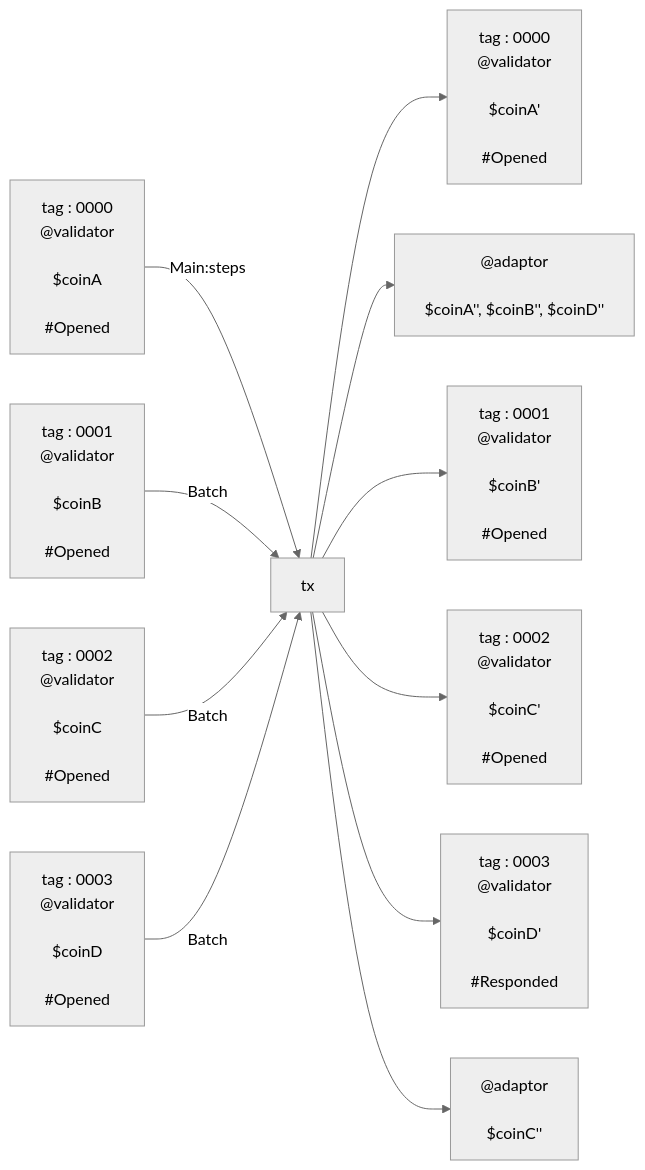
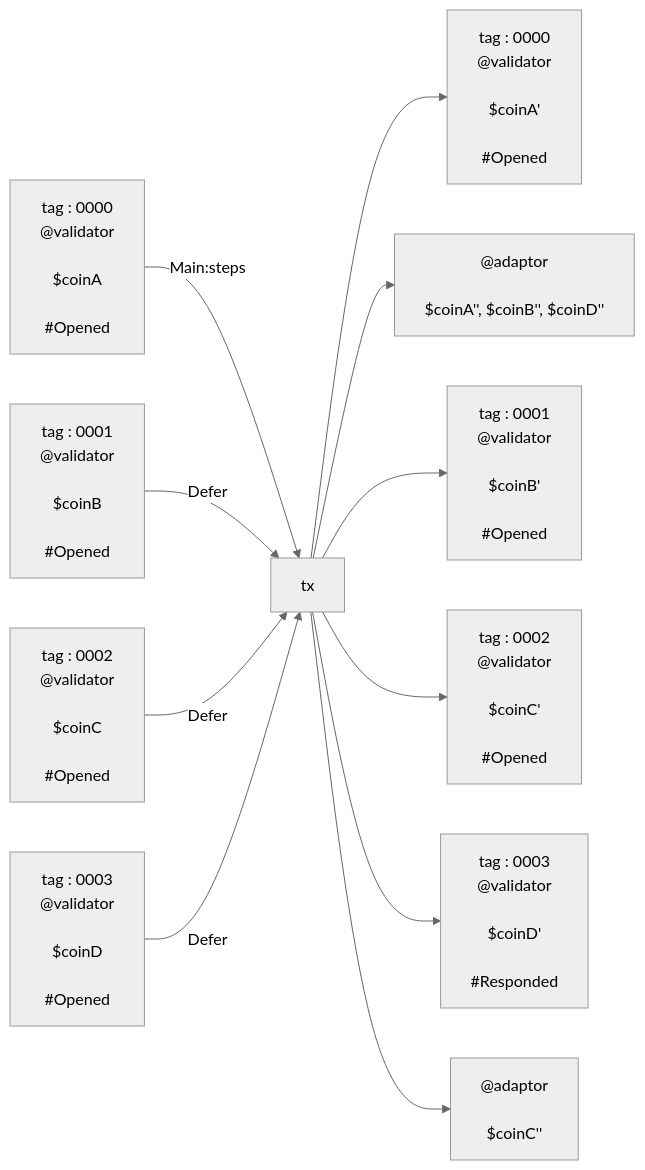
Diagram 11 of 12 in docs/design/requirements/31_kernel.md (cardano-lightning/konduit), drawn with Mermaid (neutral theme) before and after one commit. The commit also changed other lines of this file and 44 other files, not shown here.

````diff
--- a/docs/design/requirements/31_kernel.md
+++ b/docs/design/requirements/31_kernel.md
@@ -974,78 +1030,78 @@
 ```mermaid
 flowchart LR
     i_channel_0["
       tag : 0000
       @validator \n
       $coinA \n
       #Opened
     "]
 
     i_channel_1["
       tag : 0001
       @validator \n
       $coinB \n
       #Opened
     "]
 
     i_channel_2["
       tag : 0002
       @validator \n
       $coinC \n
       #Opened
     "]
 
     i_channel_3["
       tag : 0003
       @validator \n
       $coinD \n
       #Opened
     "]
 
     m["tx"]
 
     o_channel_0["
       tag : 0000
       @validator \n
       $coinA' \n
       #Opened
     "]
 
     o_adaptor_0["
       @adaptor \n
       $coinA'', $coinB'', $coinD''\n
     "]
 
     o_channel_1["
       tag : 0001
       @validator \n
       $coinB' \n
       #Opened
     "]
 
     o_channel_2["
       tag : 0002
       @validator \n
       $coinC' \n
       #Opened
     "]
 
     o_channel_3["
       tag : 0003
       @validator \n
       $coinD' \n
       #Responded
     "]
 
     o_adaptor_1["
       @adaptor \n
       $coinC''\n
     "]
 
 
     i_channel_0 -->|Main:steps| m --> o_channel_0
     m --> o_adaptor_0
-    i_channel_1 -->|Batch| m --> o_channel_1
-    i_channel_2 -->|Batch| m --> o_channel_2
-    i_channel_3 -->|Batch| m --> o_channel_3
+    i_channel_1 -->|Defer| m --> o_channel_1
+    i_channel_2 -->|Defer| m --> o_channel_2
+    i_channel_3 -->|Defer| m --> o_channel_3
     m --> o_adaptor_1
 ```
````
